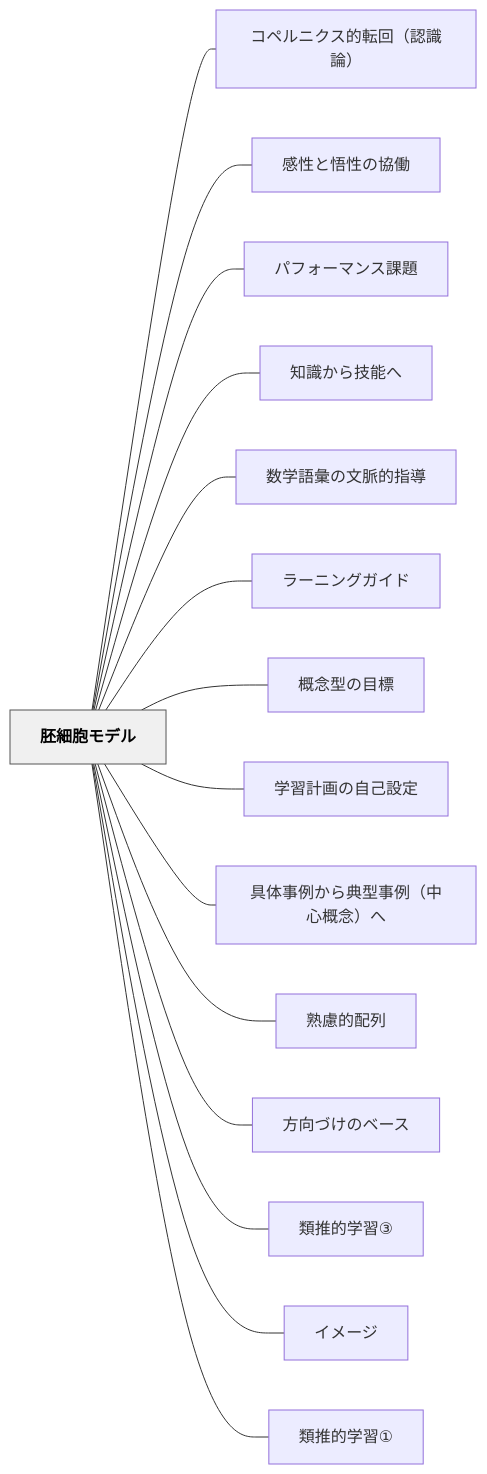
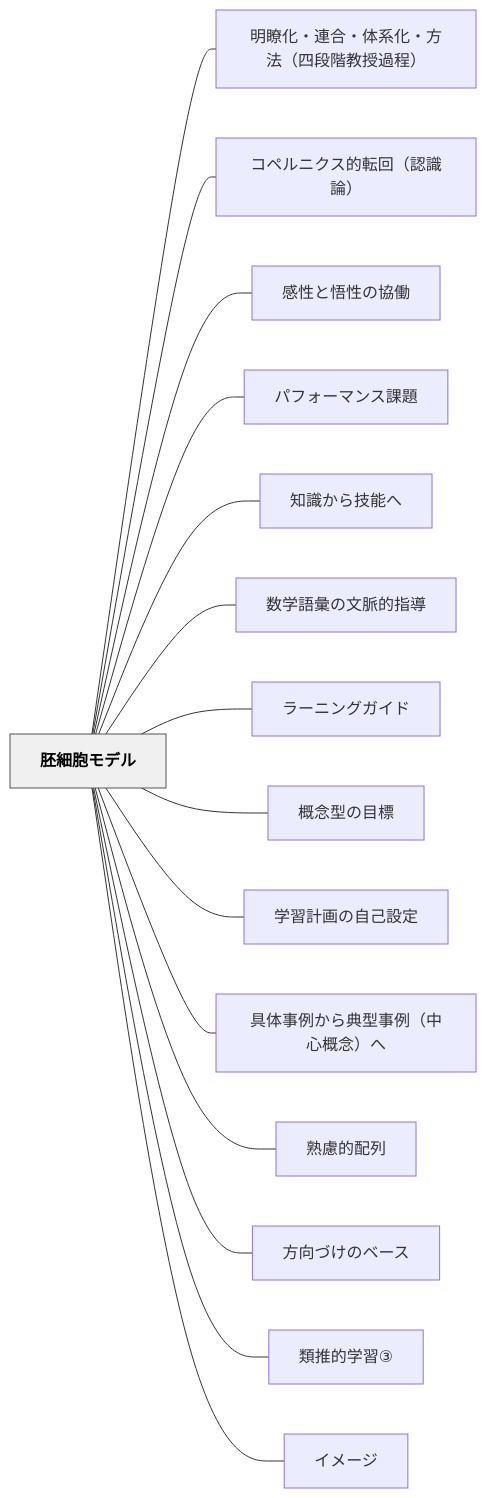
Before and after one commit to unknownthings-ed-patterns/unknownthings-ed-patterns: the diagram in content/パタン/胚細胞モデル.md, drawn with Mermaid. The commit also changed other lines of this file and 15 other files, not shown here.

````diff
--- a/content/パタン/胚細胞モデル.md
+++ b/content/パタン/胚細胞モデル.md
@@ -153,36 +167,36 @@
 ```mermaid
 flowchart LR
     ne8839ae7b4b0e8839ee383a2e38387e383ab["胚細胞モデル"]
+    ne6988ee79eade58c96e383bbe980a3e59088e383bbe4bd93e7b3bbe58c96e383bbe696b9e6b395efbc88e59b9be6aeb5e99a8ee69599e68e88e9818ee7a88befbc89["明瞭化・連合・体系化・方法（四段階教授過程）"]
     ne382b3e3839ae383abe3838be382afe382b9e79a84e8bba2e59b9eefbc88e8aa8de8ad98e8ab96efbc89["コペルニクス的転回（認識論）"]
     ne6849fe680a7e381a8e6829fe680a7e381aee58d94e5838d["感性と悟性の協働"]
     ne38391e38395e382a9e383bce3839ee383b3e382b9e8aab2e9a18c["パフォーマンス課題"]
     ne79fa5e8ad98e3818be38289e68a80e883bde381b8["知識から技能へ"]
     ne695b0e5ada6e8aa9ee5bd99e381aee69687e88488e79a84e68c87e5b08e["数学語彙の文脈的指導"]
     ne383a9e383bce3838be383b3e382b0e382ace382a4e38389["ラーニングガイド"]
     ne6a682e5bfb5e59e8be381aee79baee6a899["概念型の目標"]
     ne5ada6e7bf92e8a888e794bbe381aee887aae5b7b1e8a8ade5ae9a["学習計画の自己設定"]
     ne585b7e4bd93e4ba8be4be8be3818be38289e585b8e59e8be4ba8be4be8befbc88e4b8ade5bf83e6a682e5bfb5efbc89e381b8["具体事例から典型事例（中心概念）へ"]
     ne7869fe685aee79a84e9858de58897["熟慮的配列"]
     ne696b9e59091e381a5e38191e381aee38399e383bce382b9["方向づけのベース"]
     ne9a19ee68ea8e79a84e5ada6e7bf92e291a2["類推的学習③"]
     ne382a4e383a1e383bce382b8["イメージ"]
-    ne9a19ee68ea8e79a84e5ada6e7bf92e291a0["類推的学習①"]
 
+    ne8839ae7b4b0e8839ee383a2e38387e383ab --- ne6988ee79eade58c96e383bbe980a3e59088e383bbe4bd93e7b3bbe58c96e383bbe696b9e6b395efbc88e59b9be6aeb5e99a8ee69599e68e88e9818ee7a88befbc89
     ne8839ae7b4b0e8839ee383a2e38387e383ab --- ne382b3e3839ae383abe3838be382afe382b9e79a84e8bba2e59b9eefbc88e8aa8de8ad98e8ab96efbc89
     ne8839ae7b4b0e8839ee383a2e38387e383ab --- ne6849fe680a7e381a8e6829fe680a7e381aee58d94e5838d
     ne8839ae7b4b0e8839ee383a2e38387e383ab --- ne38391e38395e382a9e383bce3839ee383b3e382b9e8aab2e9a18c
     ne8839ae7b4b0e8839ee383a2e38387e383ab --- ne79fa5e8ad98e3818be38289e68a80e883bde381b8
     ne8839ae7b4b0e8839ee383a2e38387e383ab --- ne695b0e5ada6e8aa9ee5bd99e381aee69687e88488e79a84e68c87e5b08e
     ne8839ae7b4b0e8839ee383a2e38387e383ab --- ne383a9e383bce3838be383b3e382b0e382ace382a4e38389
     ne8839ae7b4b0e8839ee383a2e38387e383ab --- ne6a682e5bfb5e59e8be381aee79baee6a899
     ne8839ae7b4b0e8839ee383a2e38387e383ab --- ne5ada6e7bf92e8a888e794bbe381aee887aae5b7b1e8a8ade5ae9a
     ne8839ae7b4b0e8839ee383a2e38387e383ab --- ne585b7e4bd93e4ba8be4be8be3818be38289e585b8e59e8be4ba8be4be8befbc88e4b8ade5bf83e6a682e5bfb5efbc89e381b8
     ne8839ae7b4b0e8839ee383a2e38387e383ab --- ne7869fe685aee79a84e9858de58897
     ne8839ae7b4b0e8839ee383a2e38387e383ab --- ne696b9e59091e381a5e38191e381aee38399e383bce382b9
     ne8839ae7b4b0e8839ee383a2e38387e383ab --- ne9a19ee68ea8e79a84e5ada6e7bf92e291a2
     ne8839ae7b4b0e8839ee383a2e38387e383ab --- ne382a4e383a1e383bce382b8
-    ne8839ae7b4b0e8839ee383a2e38387e383ab --- ne9a19ee68ea8e79a84e5ada6e7bf92e291a0
 
     classDef hub fill:#f0f0f0,stroke:#555,color:#000,font-weight:bold
     class ne8839ae7b4b0e8839ee383a2e38387e383ab hub
 ```
````
